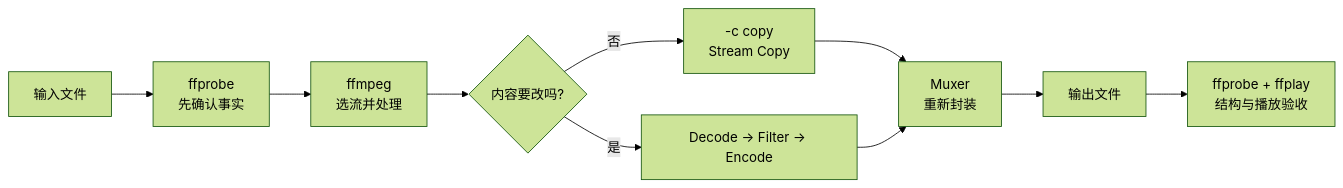
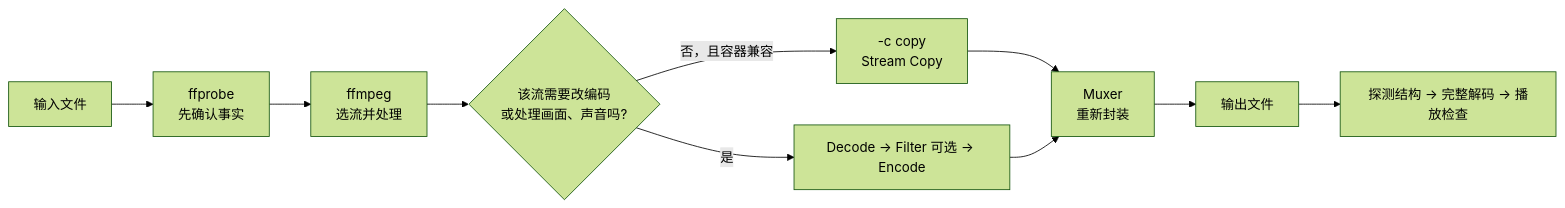
Before and after one commit to flycodeu/FlyCodeCenter: the diagram in src/content/tutorial/ffmpeg/README.md, drawn with Mermaid (forest theme). The commit also changed other lines of this file and 26 other files, not shown here.

````diff
--- a/src/content/tutorial/ffmpeg/README.md
+++ b/src/content/tutorial/ffmpeg/README.md
@@ -24,12 +24,12 @@
 ```mermaid
 flowchart LR
   A[输入文件] --> B[ffprobe<br/>先确认事实]
   B --> C[ffmpeg<br/>选流并处理]
-  C --> D{内容要改吗?}
-  D -->|否| E[-c copy<br/>Stream Copy]
-  D -->|是| F[Decode → Filter → Encode]
+  C --> D{该流需要改编码<br/>或处理画面、声音吗?}
+  D -->|否，且容器兼容| E[-c copy<br/>Stream Copy]
+  D -->|是| F[Decode → Filter 可选 → Encode]
   E --> G[Muxer<br/>重新封装]
   F --> G
   G --> H[输出文件]
-  H --> I[ffprobe + ffplay<br/>结构与播放验收]
+  H --> I[探测结构 → 完整解码 → 播放检查]
 ```
````
